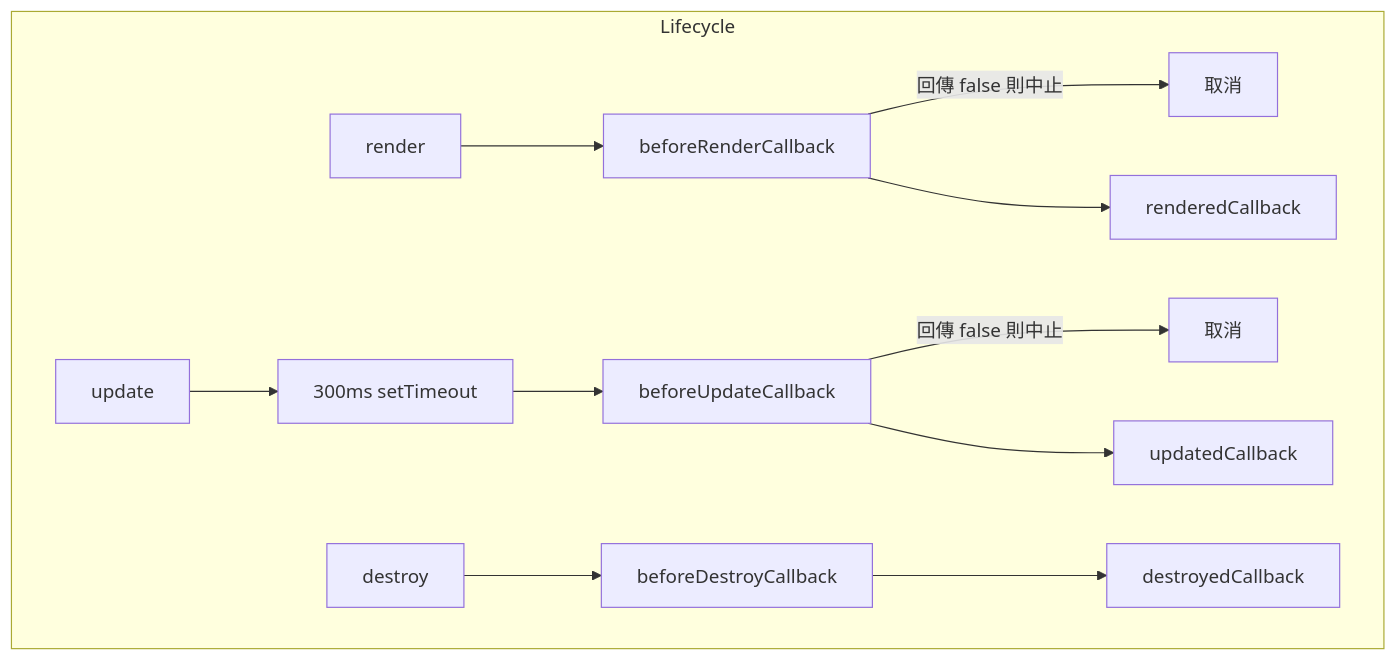
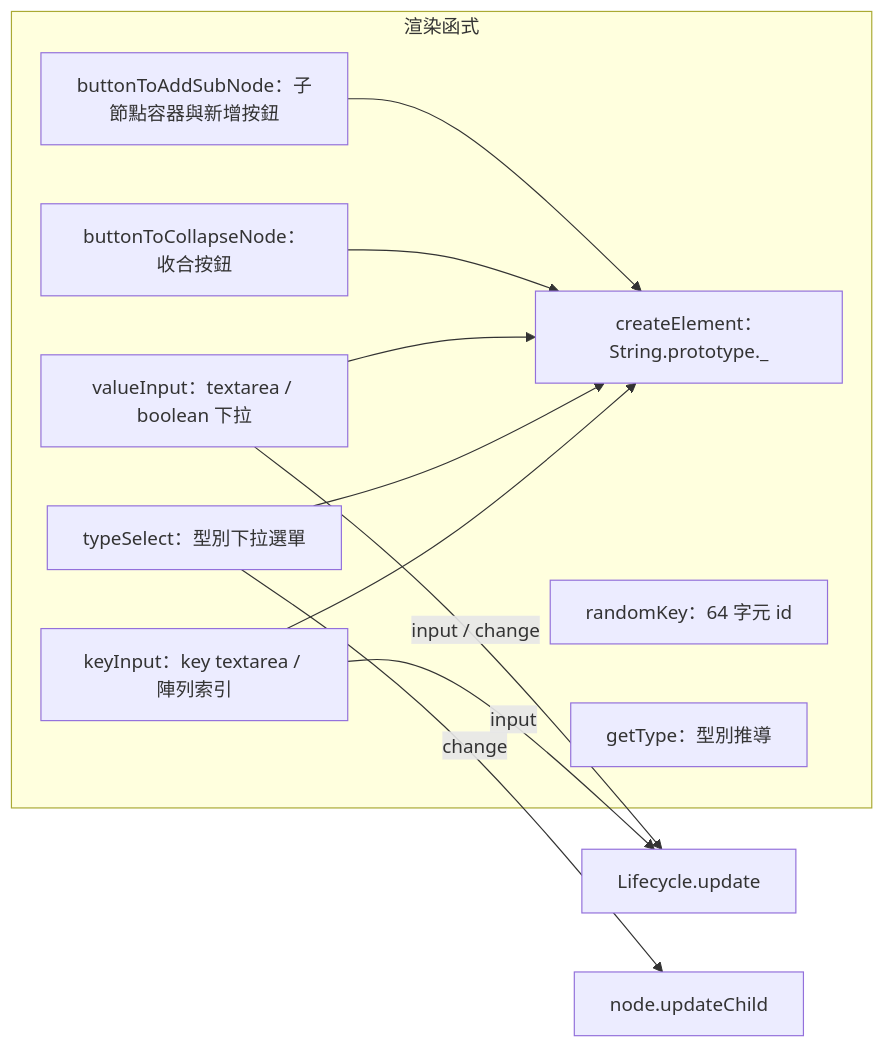
The fourth of 9 diagrams in doc/architecture.zh.md (pardnchiu/NanoJSON), drawn with Mermaid before and after one commit. The commit also changed other lines of this file and 8 other files, not shown here.

Commit message:
doc: Regenerate bilingual README, docs, and architecture per latest skill spec

````diff
--- a/doc/architecture.zh.md
+++ b/doc/architecture.zh.md
@@ -59,14 +82,21 @@
 ```mermaid
-graph TB
-    subgraph Lifecycle
-        RenderFn[render] --> BeforeRender[beforeRenderCallback]
-        BeforeRender -->|回傳 false 則中止| Cancel1[取消]
-        BeforeRender --> Rendered[renderedCallback]
-        UpdateFn[update] --> Debounce[300ms setTimeout]
-        Debounce --> BeforeUpdate[beforeUpdateCallback]
-        BeforeUpdate -->|回傳 false 則中止| Cancel2[取消]
-        BeforeUpdate --> Updated[updatedCallback]
-        DestroyFn[destroy] --> BeforeDestroy[beforeDestroyCallback]
-        BeforeDestroy --> Destroyed[destroyedCallback]
+graph LR
+    subgraph 渲染函式
+        CE[createElement：String.prototype._]
+        KI[keyInput：key textarea / 陣列索引]
+        TS[typeSelect：型別下拉選單]
+        VI[valueInput：textarea / boolean 下拉]
+        BC[buttonToCollapseNode：收合按鈕]
+        BA[buttonToAddSubNode：子節點容器與新增按鈕]
+        RK[randomKey：64 字元 id]
+        GT[getType：型別推導]
     end
+    KI --> CE
+    TS --> CE
+    VI --> CE
+    BC --> CE
+    BA --> CE
+    KI -->|input| Life[Lifecycle.update]
+    VI -->|input / change| Life
+    TS -->|change| Node[node.updateChild]
 ```
````
